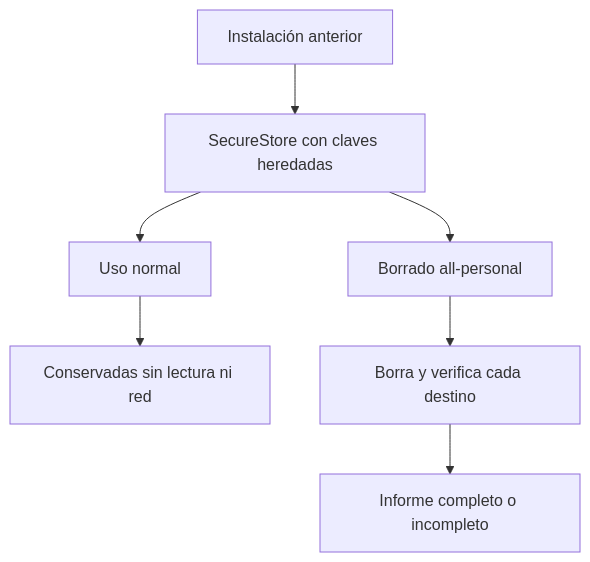
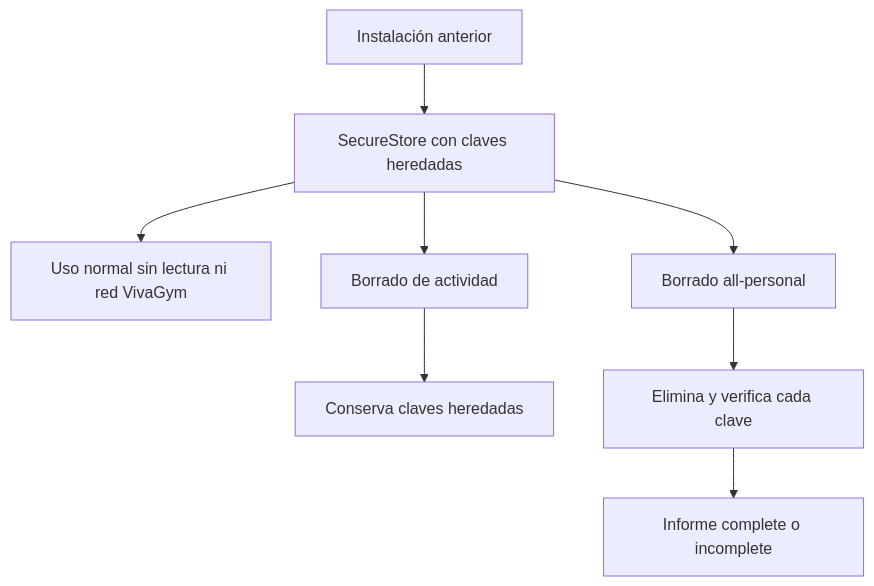
One commit to maximofn/gymnasia changed the first of 2 diagrams in openwiki/integrations/vivagym-and-updates.md. Above: the diagram before and after it, drawn with Mermaid. The commit also changed other lines of this file and 24 other files, not shown here.

First line of the commit message:
docs(openwiki): document GYM-226 (ticket para automatizar la subida a Google Play) release flow

````diff
--- a/openwiki/integrations/vivagym-and-updates.md
+++ b/openwiki/integrations/vivagym-and-updates.md
@@ -65,9 +77,10 @@
 ```mermaid
 flowchart TD
     OldInstall["Instalación anterior"] --> SecureStore["SecureStore con claves heredadas"]
-    SecureStore --> NormalUse["Uso normal"]
-    NormalUse --> Retained["Conservadas sin lectura ni red"]
+    SecureStore --> NormalUse["Uso normal sin lectura ni red VivaGym"]
+    SecureStore --> ActivityDelete["Borrado de actividad"]
+    ActivityDelete --> Preserve["Conserva claves heredadas"]
     SecureStore --> FullDelete["Borrado all-personal"]
-    FullDelete --> DeleteVerify["Borra y verifica cada destino"]
-    DeleteVerify --> Report["Informe completo o incompleto"]
+    FullDelete --> DeleteVerify["Elimina y verifica cada clave"]
+    DeleteVerify --> Report["Informe complete o incomplete"]
 ```
````
